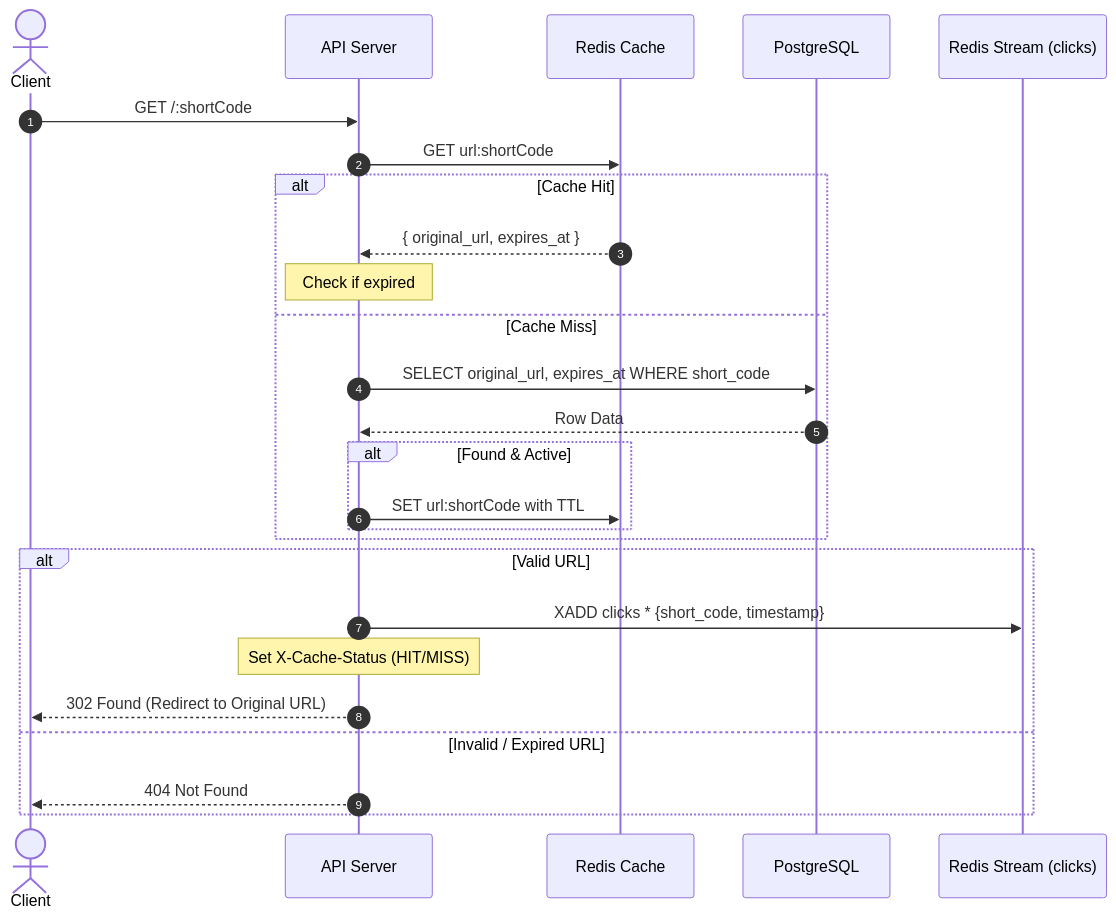
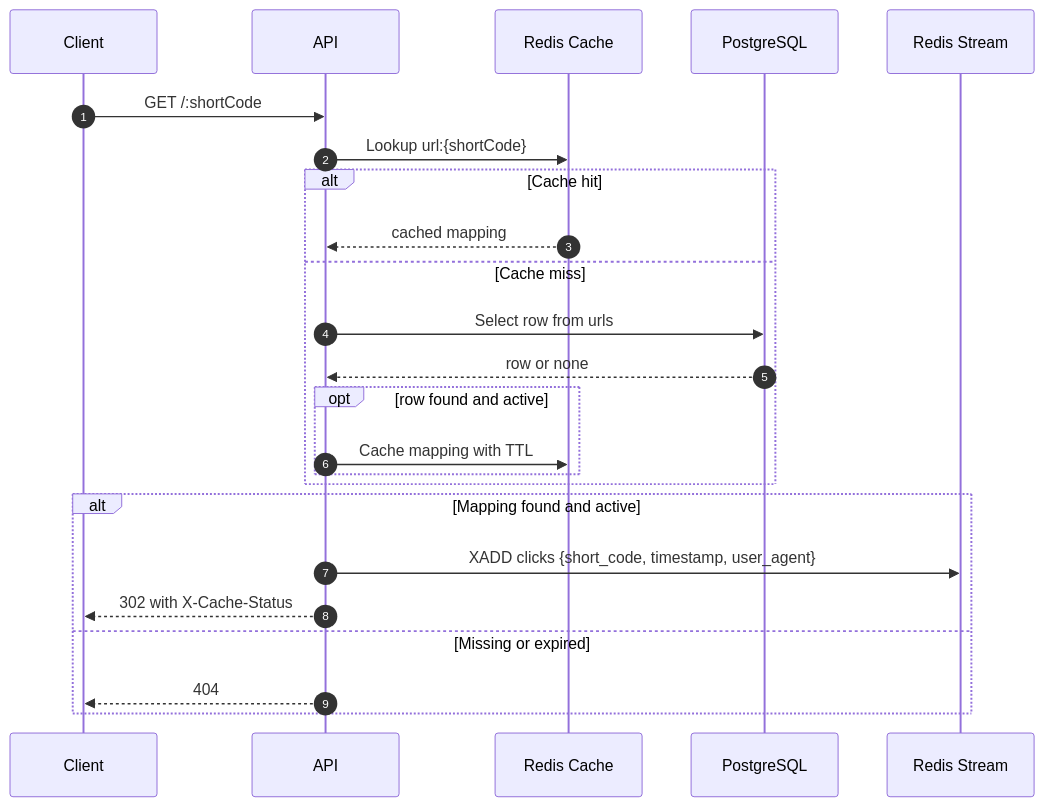
The second of 4 diagrams in architecture.md (ramalokeshreddyp/distributed-url-shortener), drawn with Mermaid before and after one commit. The commit also changed other lines of this file and 7 other files, not shown here.

````diff
--- a/architecture.md
+++ b/architecture.md
@@ -88,30 +83,27 @@
 ```mermaid
 sequenceDiagram
     autonumber
-    actor User as Client
-    participant API as API Server
-    participant Cache as Redis Cache
-    participant DB as PostgreSQL
-    participant Stream as Redis Stream (clicks)
+    participant C as Client
+    participant A as API
+    participant R as Redis Cache
+    participant P as PostgreSQL
+    participant S as Redis Stream
 
-    User->>API: GET /:shortCode
-    API->>Cache: GET url:shortCode
-    alt Cache Hit
-        Cache-->>API: { original_url, expires_at }
-        Note over API: Check if expired
-    else Cache Miss
-        API->>DB: SELECT original_url, expires_at WHERE short_code
-        DB-->>API: Row Data
-        alt Found & Active
-            API->>Cache: SET url:shortCode with TTL
+    C->>A: GET /:shortCode
+    A->>R: Lookup url:{shortCode}
+    alt Cache hit
+        R-->>A: cached mapping
+    else Cache miss
+        A->>P: Select row from urls
+        P-->>A: row or none
+        opt row found and active
+            A->>R: Cache mapping with TTL
         end
     end
-
-    alt Valid URL
-        API->>Stream: XADD clicks * {short_code, timestamp}
-        Note over API: Set X-Cache-Status (HIT/MISS)
-        API-->>User: 302 Found (Redirect to Original URL)
-    else Invalid / Expired URL
-        API-->>User: 404 Not Found
+    alt Mapping found and active
+        A->>S: XADD clicks {short_code, timestamp, user_agent}
+        A-->>C: 302 with X-Cache-Status
+    else Missing or expired
+        A-->>C: 404
     end
 ```
````
